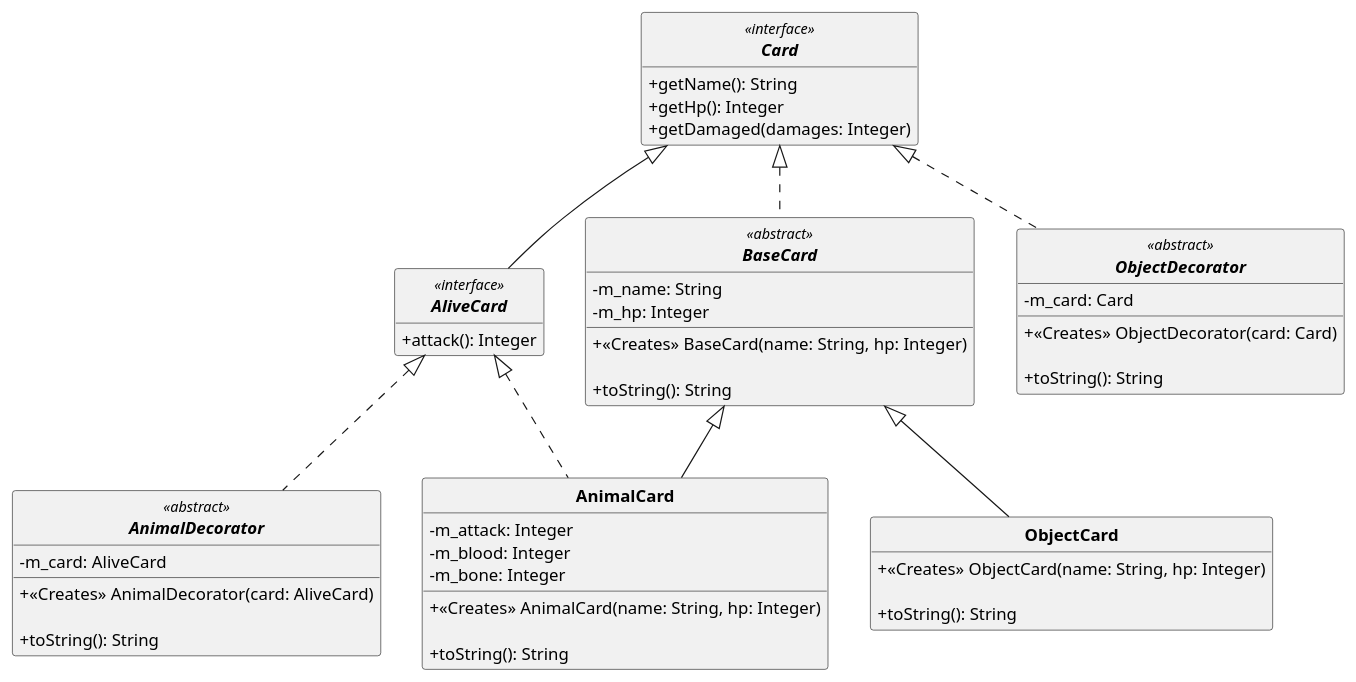
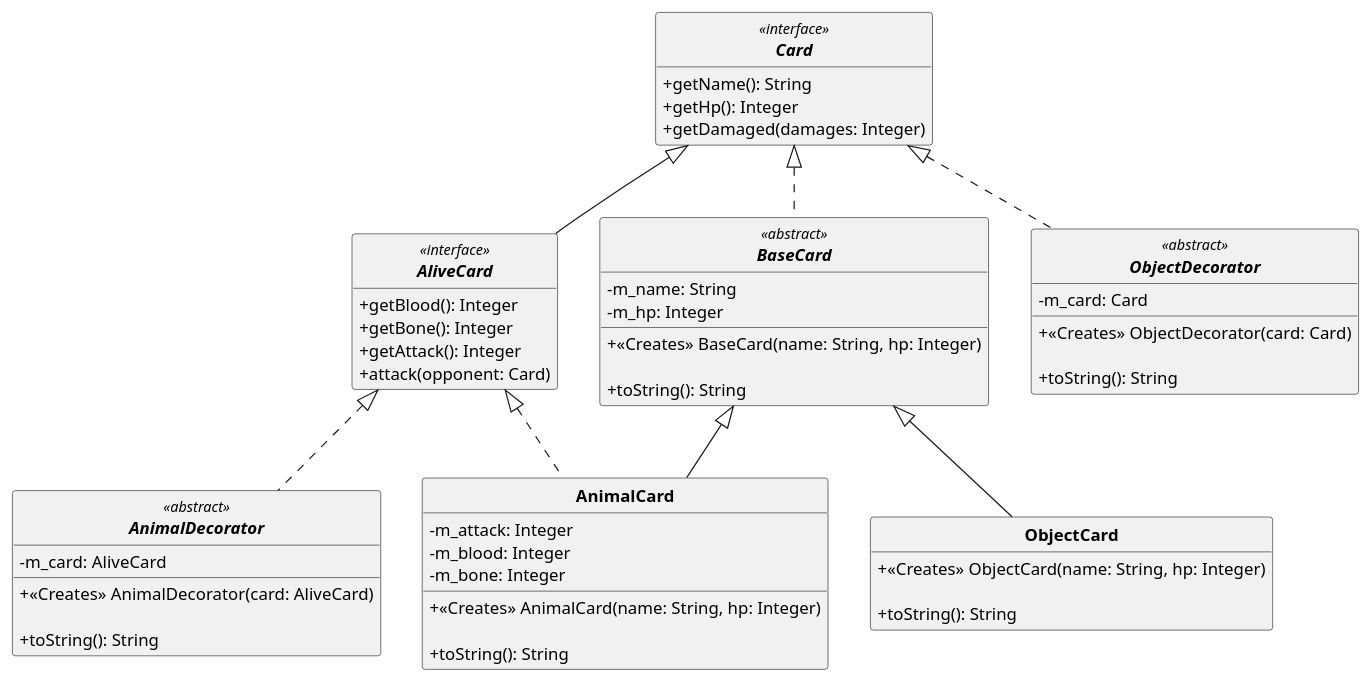
The diagram in uml/cards.puml (Guyomeuh/inscryption-tui), drawn with PlantUML before and after one commit. The commit also changed 1 other file, not shown here.

Commit message:
ajouté interface AliveCard et mis à jour uml

```diff
--- a/uml/cards.puml
+++ b/uml/cards.puml
@@ -1,59 +1,62 @@
 @startuml
 
 skinparam classAttributeIconSize 0
 skinparam classFontStyle Bold
 skinparam style strictuml
 hide empty members
 
 interface Card <<interface>> {
     + getName(): String
     + getHp(): Integer
     + getDamaged(damages: Integer)
 }
 
 interface AliveCard <<interface>> implements Card {
-    + attack(): Integer
+    + getBlood(): Integer
+    + getBone(): Integer
+    + getAttack(): Integer
+    + attack(opponent: Card)
 }
 
 abstract class BaseCard <<abstract>> implements Card {
     - m_name: String 
     - m_hp: Integer 
 
     + <<Creates>> BaseCard(name: String, hp: Integer)
 
     + toString(): String
 }
 
 class ObjectCard extends BaseCard {
     + <<Creates>> ObjectCard(name: String, hp: Integer)
 
     + toString(): String
 }
 
 class AnimalCard extends BaseCard implements AliveCard {
     - m_attack: Integer 
     - m_blood: Integer
     - m_bone: Integer
 
     + <<Creates>> AnimalCard(name: String, hp: Integer)
 
     + toString(): String
 }
 
 abstract class ObjectDecorator <<abstract>> implements Card {
     - m_card: Card 
 
     + <<Creates>> ObjectDecorator(card: Card)
 
     + toString(): String
 }
 
 abstract class AnimalDecorator <<abstract>> implements AliveCard {
     - m_card: AliveCard 
 
     + <<Creates>> AnimalDecorator(card: AliveCard)
 
     + toString(): String
 }
 
 @enduml
```
